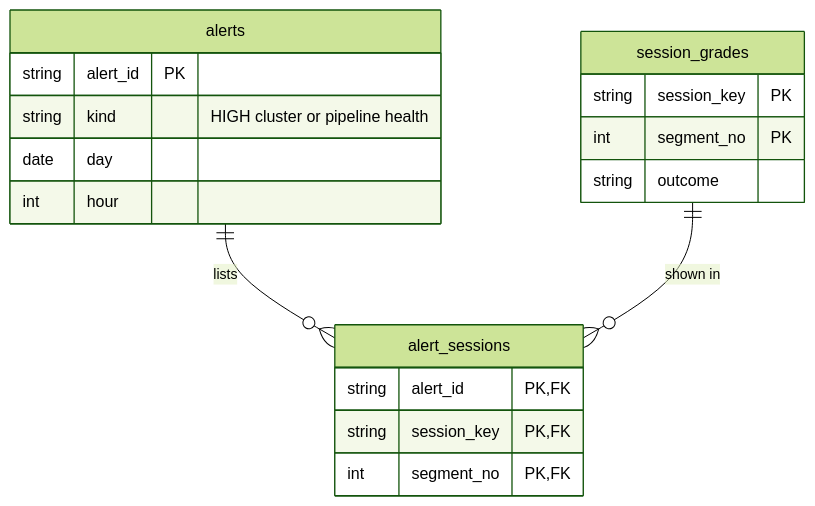
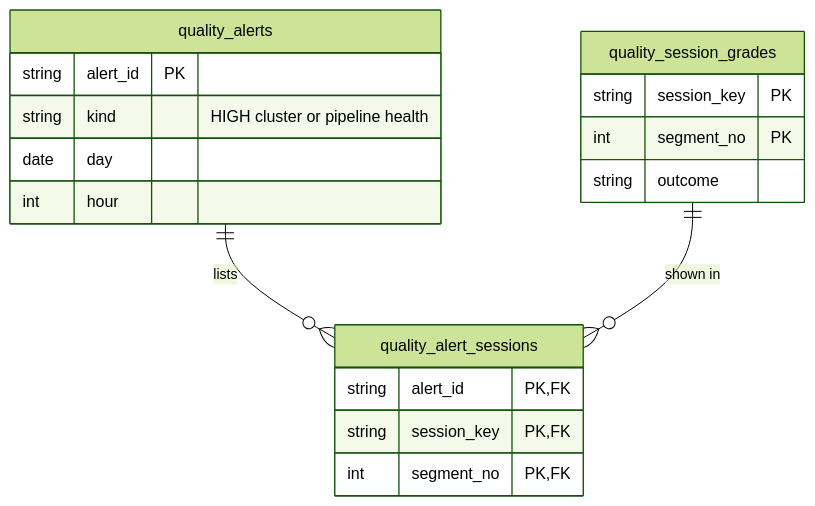
One commit to pborkowski-rtbh/conversation-analyzer changed diagram 20 of 21 in design-doc.md. Above: the diagram before and after it, drawn with Mermaid (forest theme). The commit also changed other lines of this file, not shown here.

````diff
--- a/design-doc.md
+++ b/design-doc.md
@@ -1570,22 +1570,22 @@
 ```mermaid
 erDiagram
-    alerts ||--o{ alert_sessions : "lists"
-    session_grades ||--o{ alert_sessions : "shown in"
+    quality_alerts ||--o{ quality_alert_sessions : "lists"
+    quality_session_grades ||--o{ quality_alert_sessions : "shown in"
 
-    alerts {
+    quality_alerts {
         string alert_id PK
         string kind "HIGH cluster or pipeline health"
         date day
         int hour
     }
-    alert_sessions {
+    quality_alert_sessions {
         string alert_id PK, FK
         string session_key PK, FK
         int segment_no PK, FK
     }
-    session_grades {
+    quality_session_grades {
         string session_key PK
         int segment_no PK
         string outcome
     }
 ```
````
